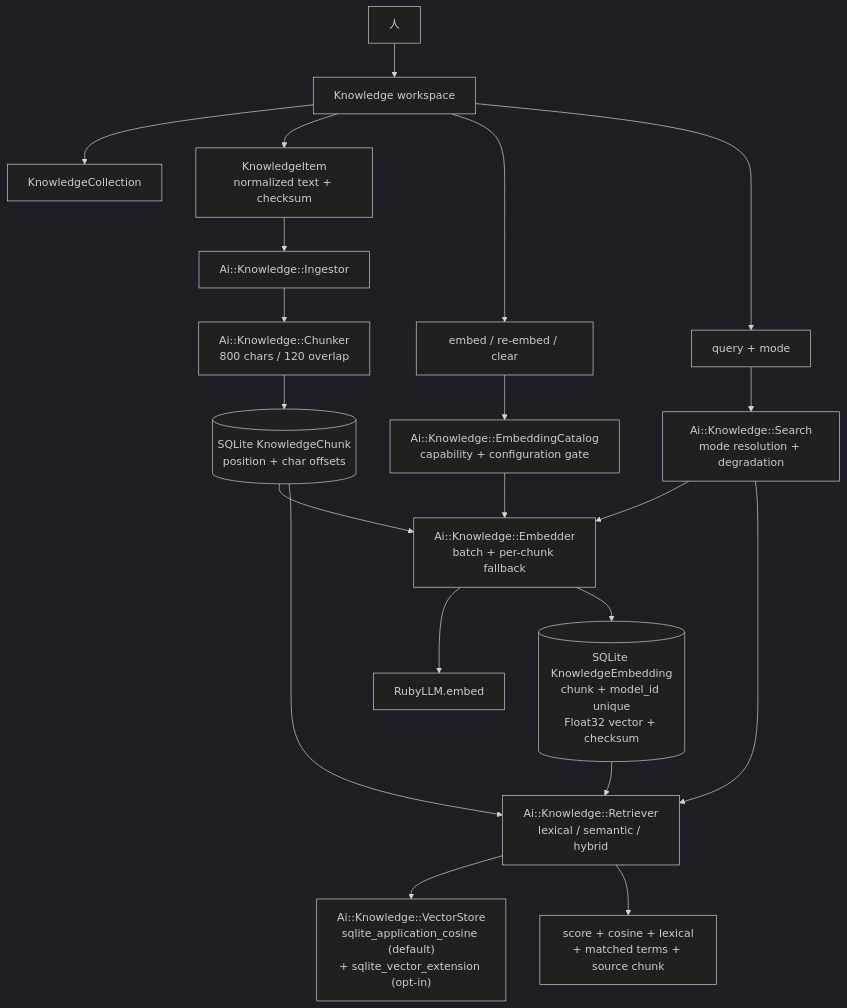
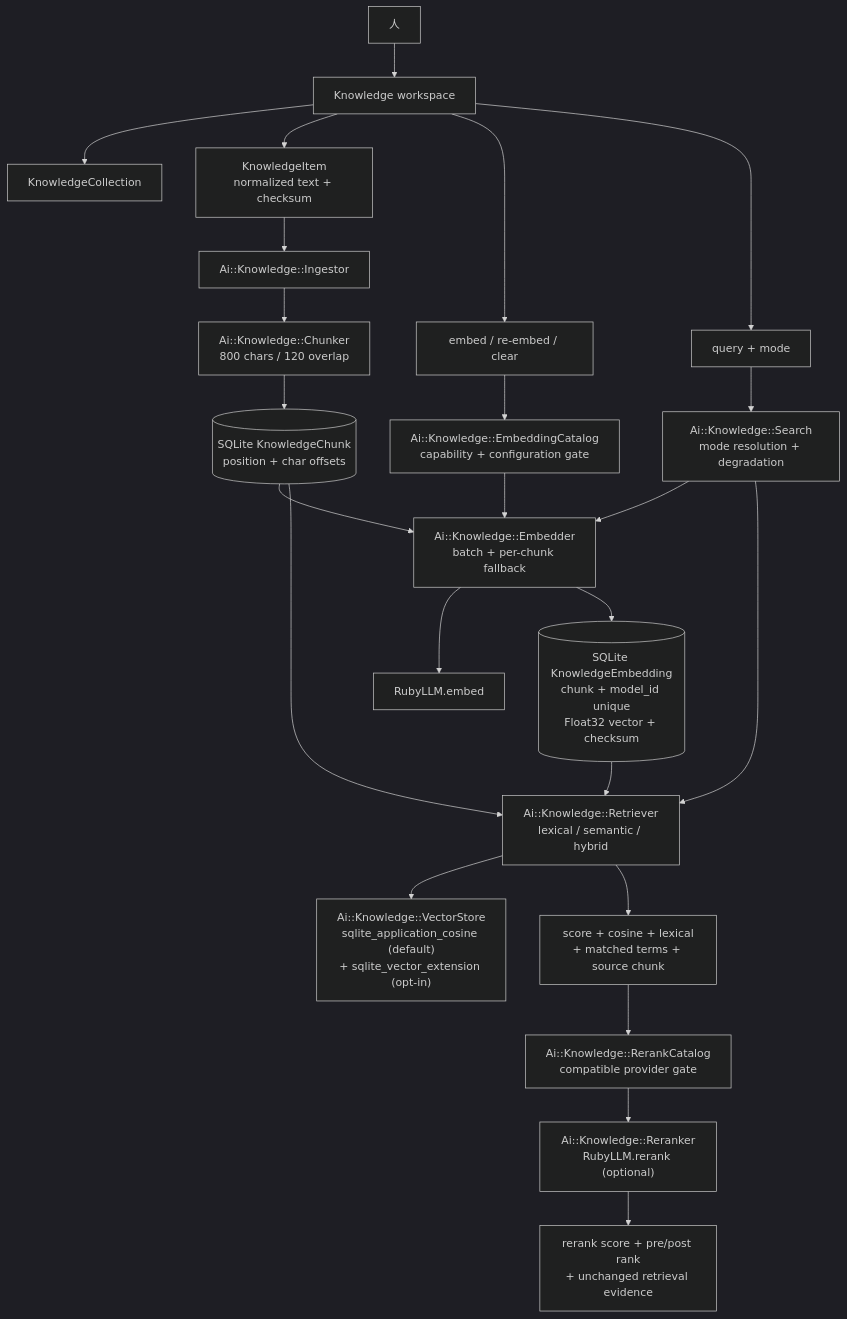
Before and after one commit to yorzi/rubyllm-workbench: the seventh of 10 diagrams in docs/ARCHITECTURE.md, drawn with Mermaid (dark theme). The commit also changed other lines of this file and 15 other files, not shown here.

````diff
--- a/docs/ARCHITECTURE.md
+++ b/docs/ARCHITECTURE.md
@@ -411,23 +411,26 @@
 ```mermaid
 flowchart TD
     Human["人"] --> CollectionUI["Knowledge workspace"]
     CollectionUI --> Collection["KnowledgeCollection"]
     CollectionUI --> Item["KnowledgeItem\nnormalized text + checksum"]
     Item --> Ingestor["Ai::Knowledge::Ingestor"]
     Ingestor --> Chunker["Ai::Knowledge::Chunker\n800 chars / 120 overlap"]
     Chunker --> Chunks[("SQLite KnowledgeChunk\nposition + char offsets")]
     CollectionUI --> Embed["embed / re-embed / clear"]
     Embed --> Catalog["Ai::Knowledge::EmbeddingCatalog\ncapability + configuration gate"]
     Catalog --> Embedder["Ai::Knowledge::Embedder\nbatch + per-chunk fallback"]
     Embedder --> RubyLLM["RubyLLM.embed"]
     Chunks --> Embedder
     Embedder --> Vectors[("SQLite KnowledgeEmbedding\nchunk + model_id unique\nFloat32 vector + checksum")]
     CollectionUI --> Query["query + mode"]
     Query --> Search["Ai::Knowledge::Search\nmode resolution + degradation"]
     Search --> Embedder
     Search --> Retriever["Ai::Knowledge::Retriever\nlexical / semantic / hybrid"]
     Chunks --> Retriever
     Vectors --> Retriever
     Retriever --> Adapter["Ai::Knowledge::VectorStore\nsqlite_application_cosine (default)\n+ sqlite_vector_extension (opt-in)"]
     Retriever --> Evidence["score + cosine + lexical\n+ matched terms + source chunk"]
+    Evidence --> RerankGate["Ai::Knowledge::RerankCatalog\ncompatible provider gate"]
+    RerankGate --> Reranker["Ai::Knowledge::Reranker\nRubyLLM.rerank (optional)"]
+    Reranker --> Final["rerank score + pre/post rank\n+ unchanged retrieval evidence"]
 ```
````
